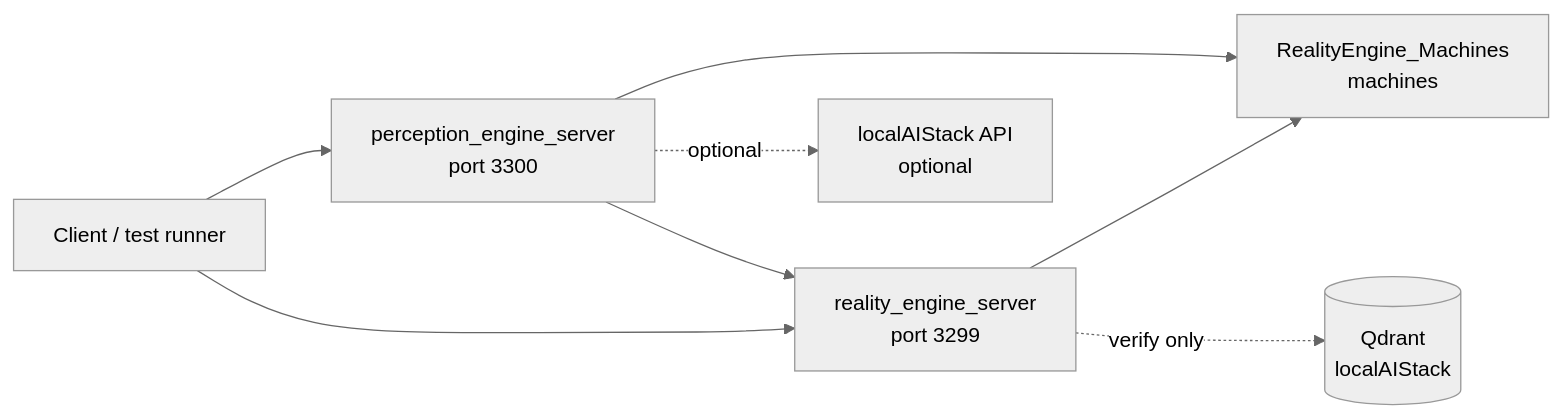
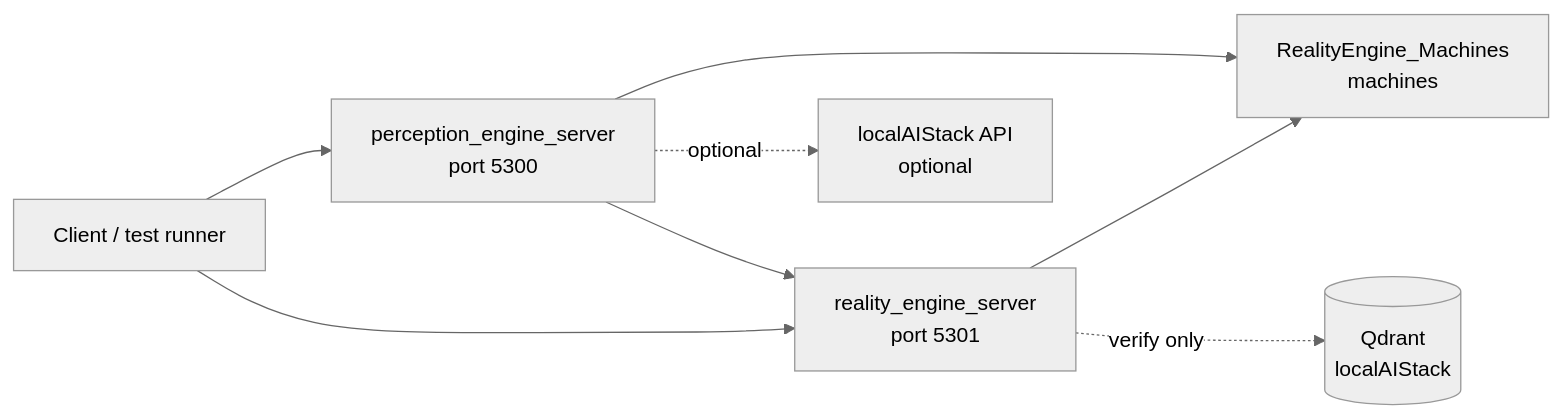
Before and after one commit to jateeter/RealityEngine_CPP: the first of 2 diagrams in docs/ARCHITECTURE.md, drawn with Mermaid (neutral theme). The commit also changed 7 other files, not shown here.

````diff
--- a/docs/ARCHITECTURE.md
+++ b/docs/ARCHITECTURE.md
@@ -10,17 +10,17 @@
 ```mermaid
 flowchart LR
   Client[Client / test runner]
-  PE[perception_engine_server<br/>port 3300]
-  RE[reality_engine_server<br/>port 3299]
+  PE[perception_engine_server<br/>port 5300]
+  RE[reality_engine_server<br/>port 5301]
   Corpus[RealityEngine_Machines<br/>machines]
   Q[(Qdrant<br/>localAIStack)]
   AI[localAIStack API<br/>optional]
 
   Client --> PE
   Client --> RE
   PE --> RE
   RE --> Corpus
   PE --> Corpus
   PE -. optional .-> AI
   RE -. verify only .-> Q
 ```
````
